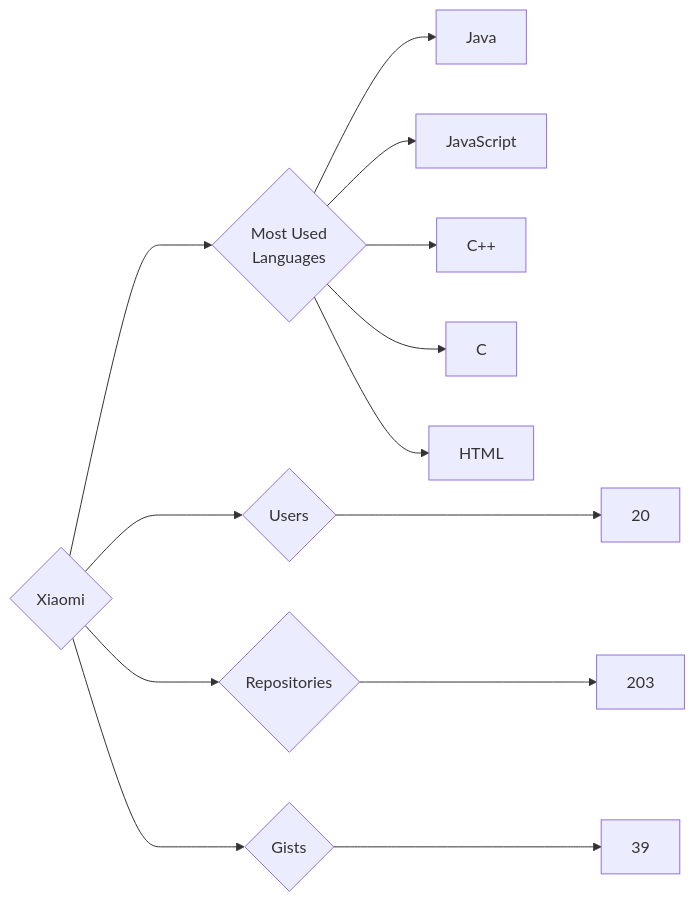
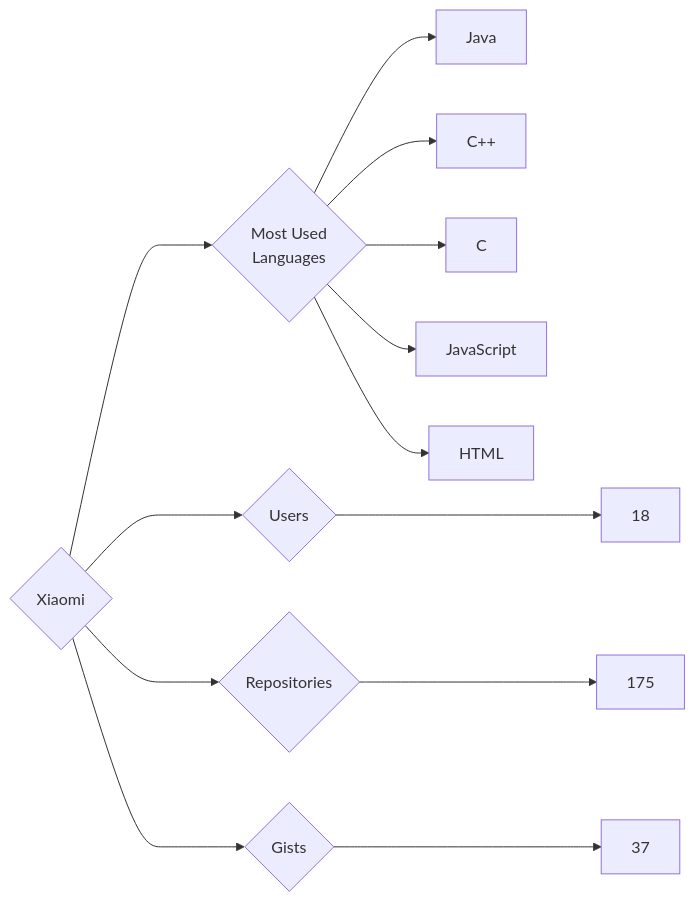
The diagram in targets/Xiaomi/README.md (trickest/insiders), drawn with Mermaid before and after one commit. The commit also changed 995 other files, not shown here.

````diff
--- a/targets/Xiaomi/README.md
+++ b/targets/Xiaomi/README.md
@@ -3,13 +3,13 @@
 ```mermaid
 graph LR
 COMPANY_NAME{Xiaomi}
-COMPANY_NAME ---> U{Users} ---> UN[20]
-COMPANY_NAME ---> R{Repositories} ---> RN[203]
-COMPANY_NAME ---> G{Gists} ---> GN[39]
+COMPANY_NAME ---> U{Users} ---> UN[18]
+COMPANY_NAME ---> R{Repositories} ---> RN[175]
+COMPANY_NAME ---> G{Gists} ---> GN[37]
 COMPANY_NAME ---> ML{Most Used<br>Languages}
 ML --> Java[Java]
-ML --> JavaScript[JavaScript]
 ML --> C++[C++]
 ML --> C[C]
+ML --> JavaScript[JavaScript]
 ML --> HTML[HTML]
 ```
````
